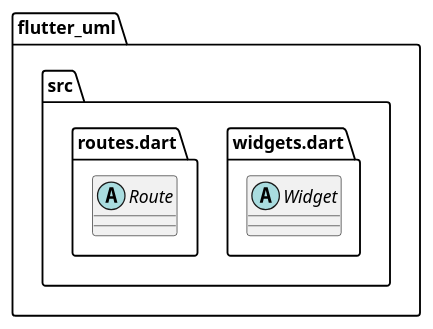
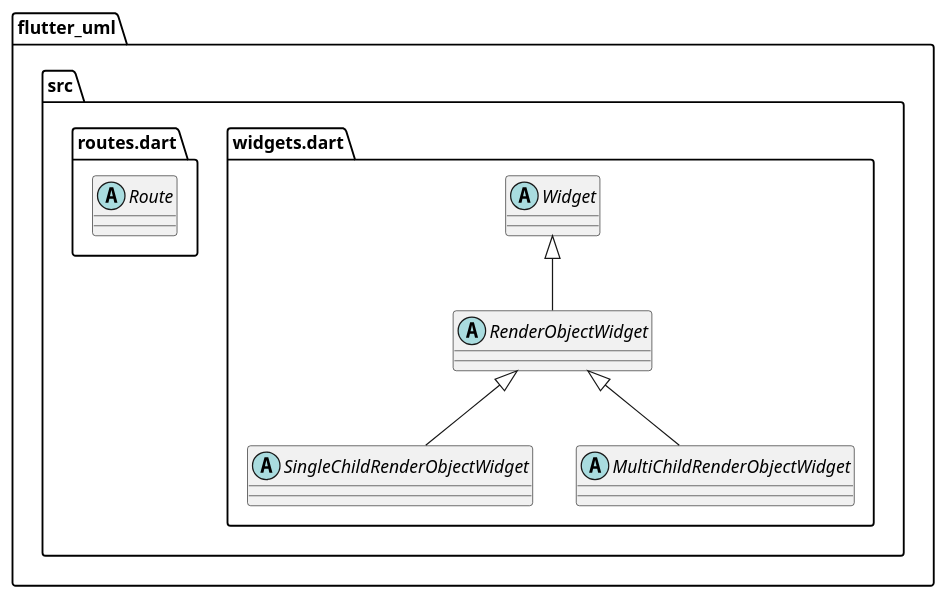
One commit to Sunbreak/flutter_uml.trial changed the diagram in flutter_uml.puml. Above: the diagram before and after it, drawn with PlantUML. The commit also changed 2 other files, not shown here.

Commit message:
Add SingleChildRenderObjectWidget & MultiChildRenderObjectWidget

```diff
--- a/flutter_uml.puml
+++ b/flutter_uml.puml
@@ -1,11 +1,26 @@
 @startuml
 set namespaceSeparator ::
 
 abstract class "flutter_uml::src::widgets.dart::Widget" {
 }
 
+abstract class "flutter_uml::src::widgets.dart::RenderObjectWidget" {
+}
+
+"flutter_uml::src::widgets.dart::Widget" <|-- "flutter_uml::src::widgets.dart::RenderObjectWidget"
+
+abstract class "flutter_uml::src::widgets.dart::SingleChildRenderObjectWidget" {
+}
+
+"flutter_uml::src::widgets.dart::RenderObjectWidget" <|-- "flutter_uml::src::widgets.dart::SingleChildRenderObjectWidget"
+
+abstract class "flutter_uml::src::widgets.dart::MultiChildRenderObjectWidget" {
+}
+
+"flutter_uml::src::widgets.dart::RenderObjectWidget" <|-- "flutter_uml::src::widgets.dart::MultiChildRenderObjectWidget"
+
 abstract class "flutter_uml::src::routes.dart::Route" {
 }
 
 
 @enduml
```
